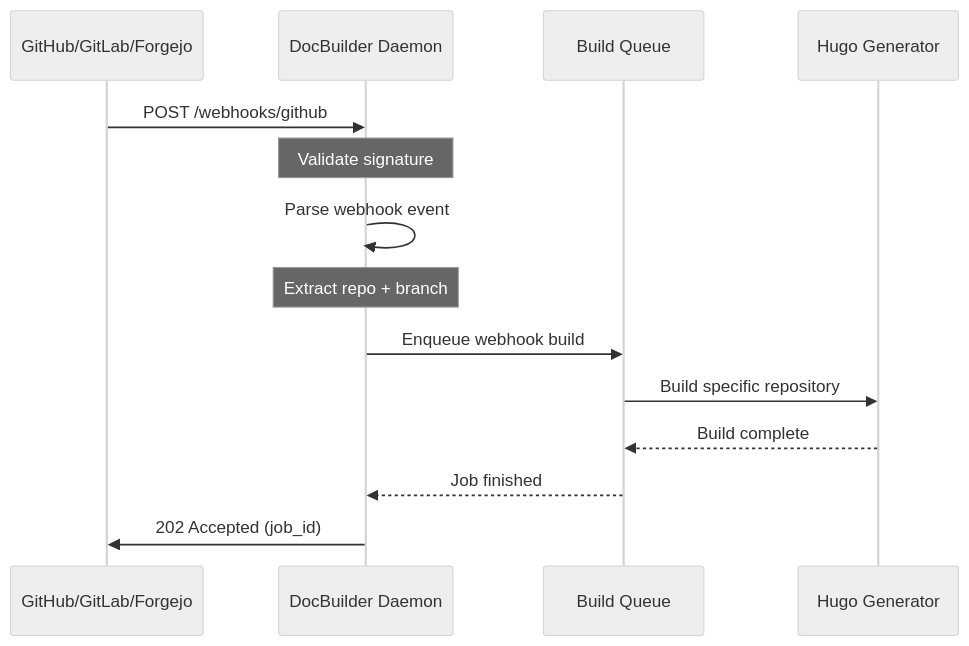
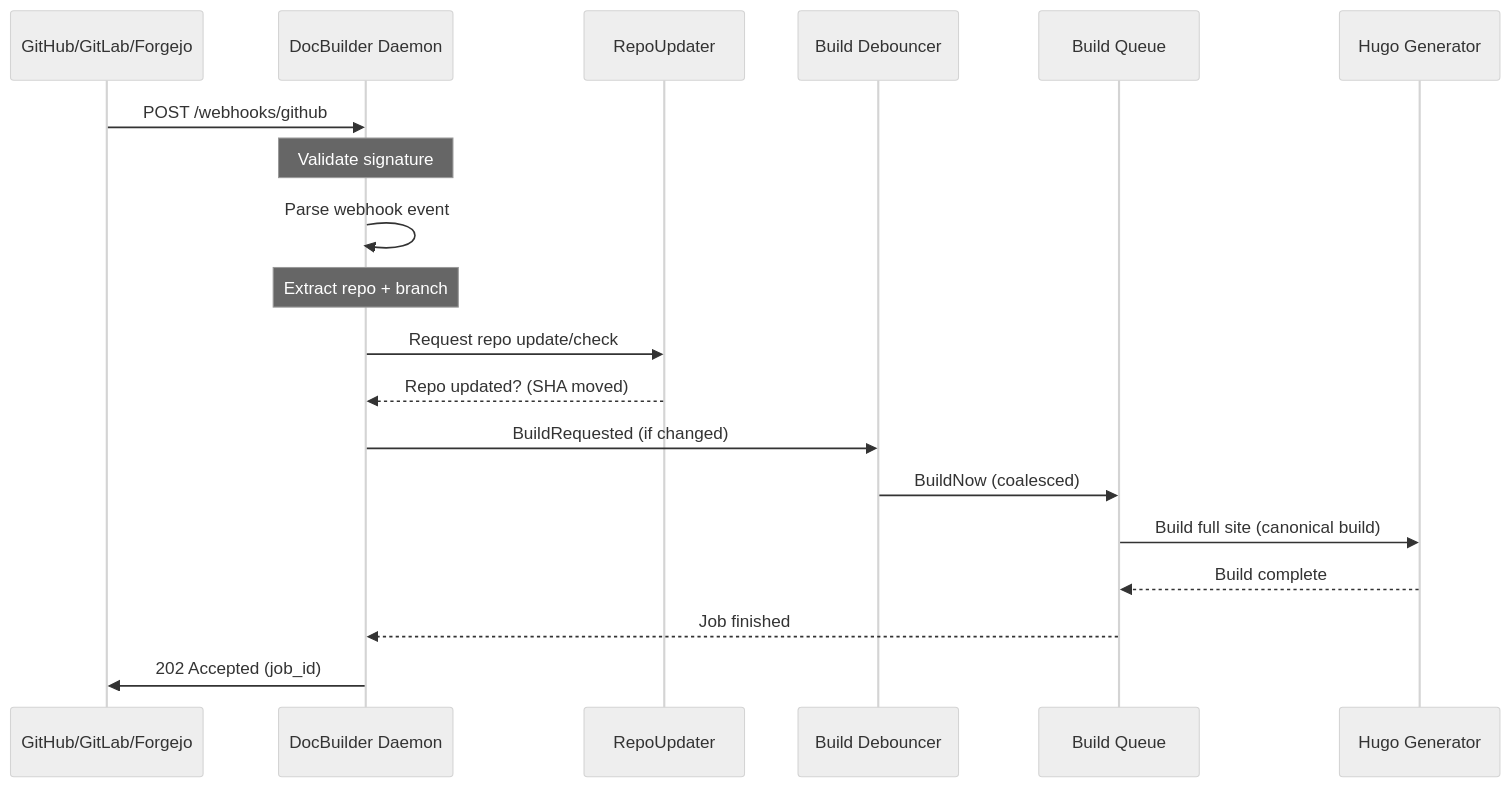
One commit to inful/docbuilder changed the diagram in docs/how-to/configure-webhooks.md. Above: the diagram before and after it, drawn with Mermaid (neutral theme). The commit also changed other lines of this file and 2 other files, not shown here.

First line of the commit message:
docs(adr): align ADR-021 and webhook docs with repo-update flow

````diff
--- a/docs/how-to/configure-webhooks.md
+++ b/docs/how-to/configure-webhooks.md
@@ -233,17 +240,22 @@
 ```mermaid
 sequenceDiagram
     participant Forge as GitHub/GitLab/Forgejo
     participant DocBuilder as DocBuilder Daemon
+  participant RepoUpdater as RepoUpdater
+  participant Debouncer as Build Debouncer
     participant BuildQueue as Build Queue
     participant Hugo as Hugo Generator
 
     Forge->>DocBuilder: POST /webhooks/github
     Note over DocBuilder: Validate signature
     DocBuilder->>DocBuilder: Parse webhook event
     Note over DocBuilder: Extract repo + branch
-    DocBuilder->>BuildQueue: Enqueue webhook build
-    BuildQueue->>Hugo: Build specific repository
+    DocBuilder->>RepoUpdater: Request repo update/check
+    RepoUpdater-->>DocBuilder: Repo updated? (SHA moved)
+    DocBuilder->>Debouncer: BuildRequested (if changed)
+    Debouncer->>BuildQueue: BuildNow (coalesced)
+    BuildQueue->>Hugo: Build full site (canonical build)
     Hugo-->>BuildQueue: Build complete
     BuildQueue-->>DocBuilder: Job finished
     DocBuilder->>Forge: 202 Accepted (job_id)
 ```
````
